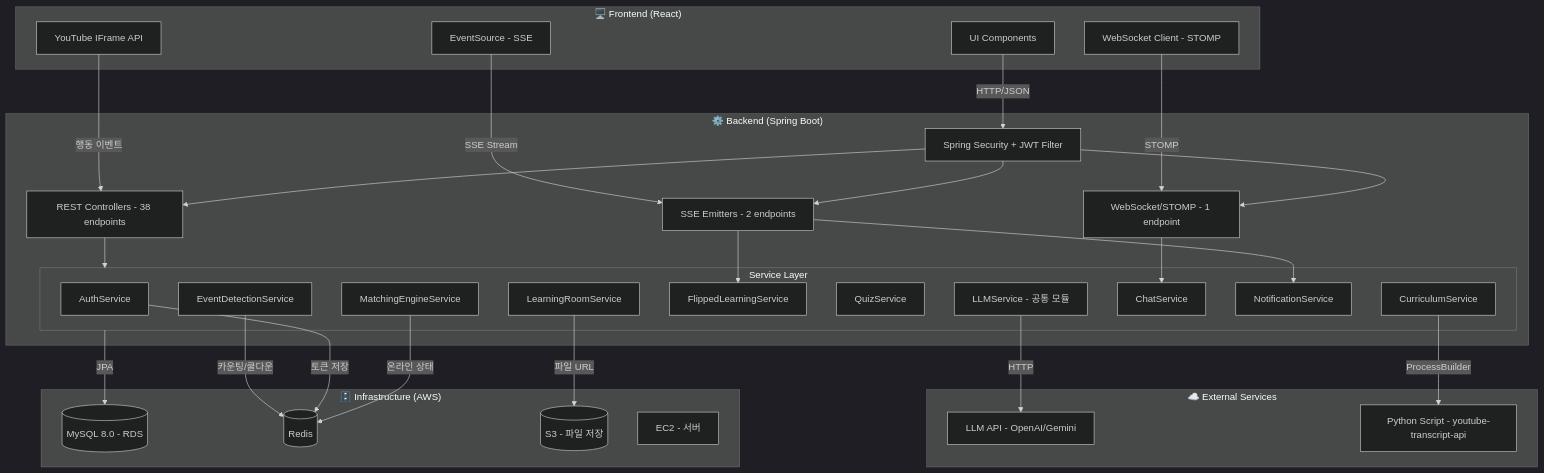
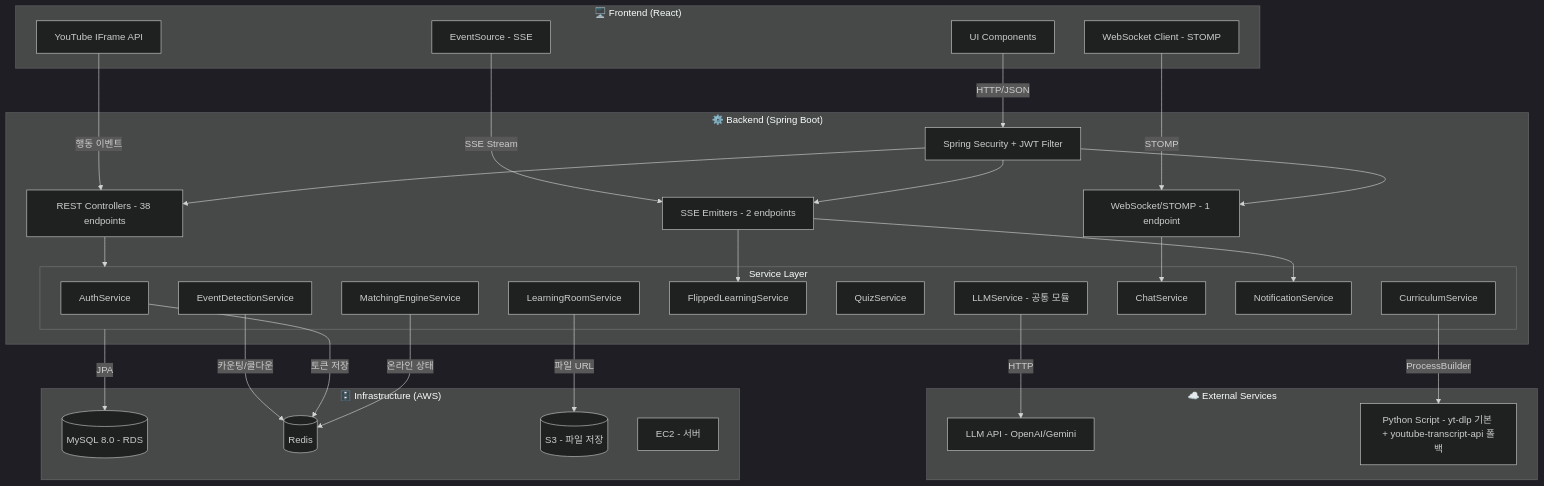
One commit to Venablo/2026_HSU_Capston_MoAI changed the diagram in moai-backend/CLAUDE.md. Above: the diagram before and after it, drawn with Mermaid (dark theme). The commit also changed other lines of this file and 13 other files, not shown here.

````diff
--- a/moai-backend/CLAUDE.md
+++ b/moai-backend/CLAUDE.md
@@ -106,64 +106,64 @@
 ```mermaid
 graph TB
     subgraph Client["🖥️ Frontend (React)"]
         UI[UI Components]
         YT[YouTube IFrame API]
         ES[EventSource - SSE]
         WS_C[WebSocket Client - STOMP]
     end
 
     subgraph Server["⚙️ Backend (Spring Boot)"]
         SC[Spring Security + JWT Filter]
         REST[REST Controllers - 38 endpoints]
         SSE_S[SSE Emitters - 2 endpoints]
         WS_S[WebSocket/STOMP - 1 endpoint]
         
         subgraph Services["Service Layer"]
             AUTH[AuthService]
             ROOM[LearningRoomService]
             CURRI[CurriculumService]
             EVENT[EventDetectionService]
             FLIP[FlippedLearningService]
             QUIZ[QuizService]
             MATCH[MatchingEngineService]
             CHAT[ChatService]
             NOTI[NotificationService]
             LLM[LLMService - 공통 모듈]
         end
     end
 
     subgraph External["☁️ External Services"]
         LLM_API[LLM API - OpenAI/Gemini]
-        PY[Python Script - youtube-transcript-api]
+        PY[Python Script - yt-dlp 기본 + youtube-transcript-api 폴백]
     end
 
     subgraph Infra["🗄️ Infrastructure (AWS)"]
         RDS[(MySQL 8.0 - RDS)]
         REDIS[(Redis)]
         S3[(S3 - 파일 저장)]
         EC2[EC2 - 서버]
     end
 
     UI -->|HTTP/JSON| SC
     YT -->|행동 이벤트| REST
     ES -->|SSE Stream| SSE_S
     WS_C -->|STOMP| WS_S
 
     SC --> REST
     SC --> SSE_S
     SC --> WS_S
 
     REST --> Services
     SSE_S --> FLIP
     SSE_S --> NOTI
     WS_S --> CHAT
 
     LLM -->|HTTP| LLM_API
     CURRI -->|ProcessBuilder| PY
 
     Services -->|JPA| RDS
     EVENT -->|카운팅/쿨다운| REDIS
     AUTH -->|토큰 저장| REDIS
     MATCH -->|온라인 상태| REDIS
     ROOM -->|파일 URL| S3
 ```
````
